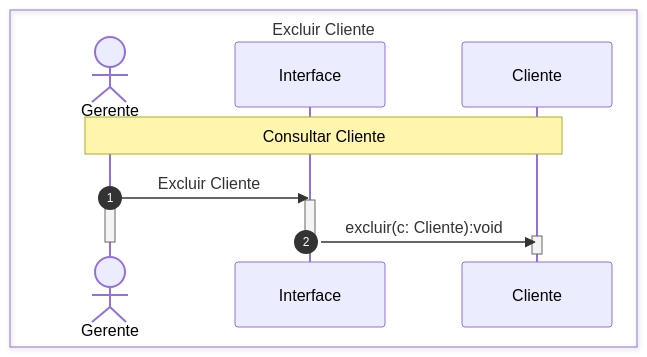
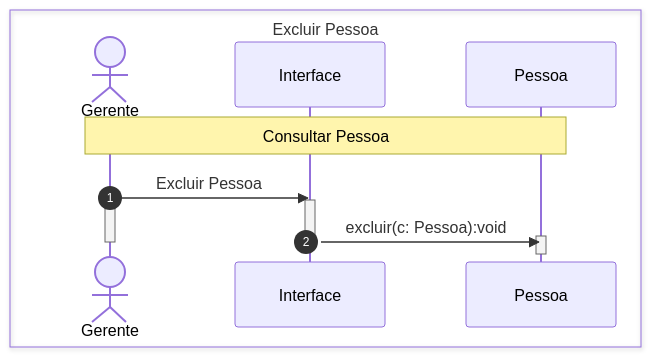
Before and after one commit to anderson-gpc/colab: the third of 4 diagrams in DS_Manter_Cliente.md, drawn with Mermaid. The commit also changed other lines of this file and 7 other files, not shown here.

````diff
--- a/DS_Manter_Cliente.md
+++ b/DS_Manter_Cliente.md
@@ -52,21 +52,21 @@
 ```mermaid
 sequenceDiagram
     autonumber
-    box Excluir Cliente
+    box Excluir Pessoa
         actor Gerente
         participant Interface
-        participant Cliente
+        participant Pessoa
     end
 
-    note over Gerente, Cliente: Consultar Cliente
+    note over Gerente, Pessoa: Consultar Pessoa
     
-    Gerente->>Interface: Excluir Cliente
+    Gerente->>Interface: Excluir Pessoa
     activate Gerente
     activate Interface
-    Interface->>Cliente:excluir(c: Cliente):void
-    activate Cliente
-    deactivate Cliente
+    Interface->>Pessoa:excluir(c: Pessoa):void
+    activate Pessoa
+    deactivate Pessoa
     deactivate Interface
     deactivate Gerente
     
 ```
````
